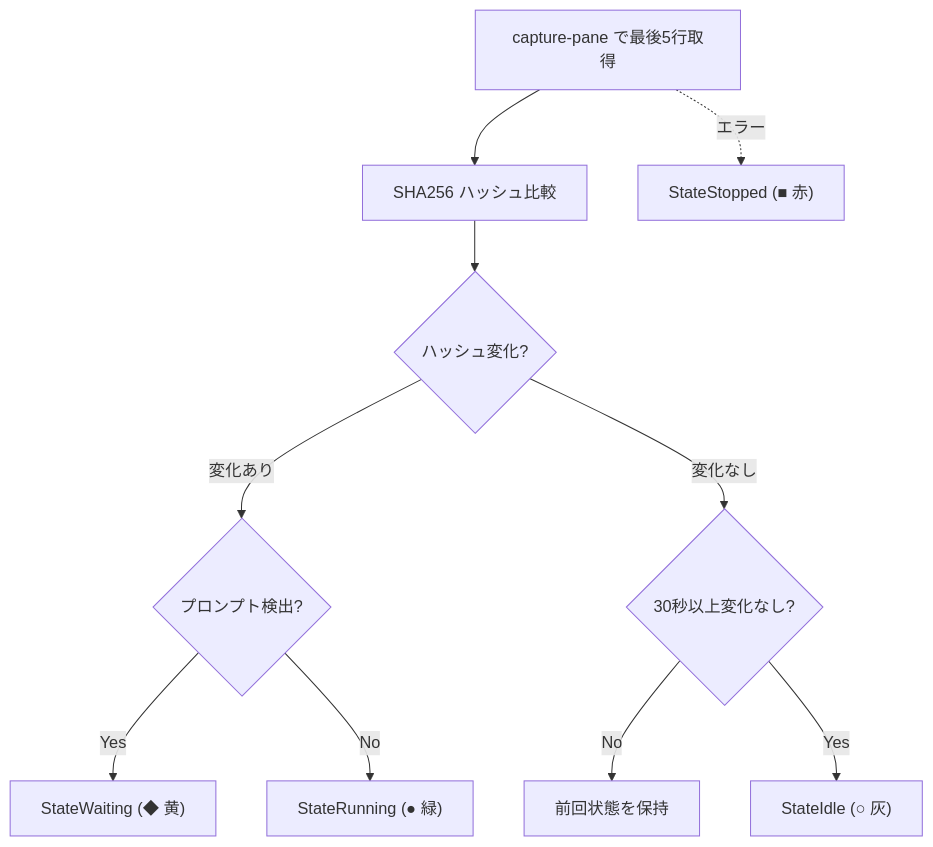
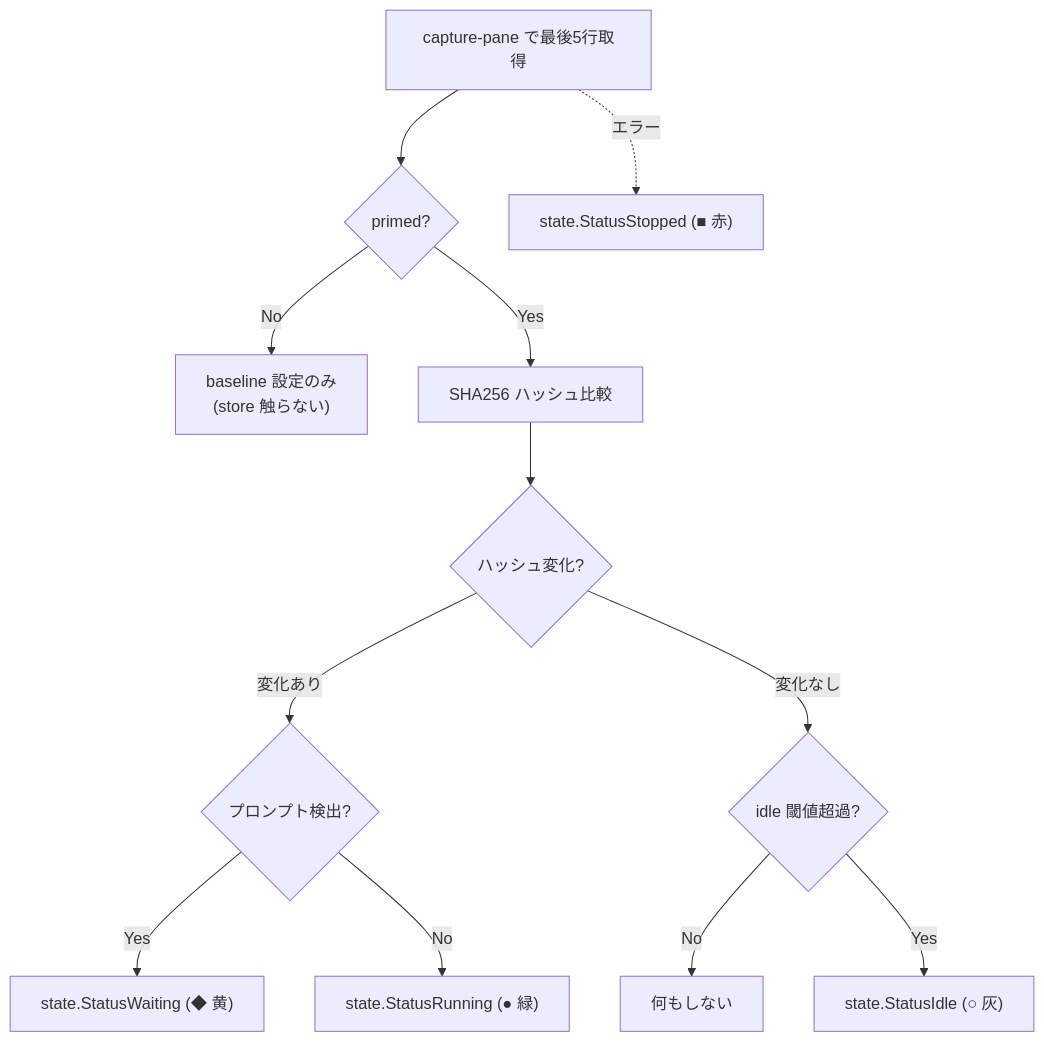
One commit to takezoh/agent-roost changed the fifth of 5 diagrams in ARCHITECTURE.md. Above: the diagram before and after it, drawn with Mermaid. The commit also changed other lines of this file and 48 other files, not shown here.

````diff
--- a/ARCHITECTURE.md
+++ b/ARCHITECTURE.md
@@ -460,12 +535,14 @@
 ```mermaid
 flowchart TD
-    cap[capture-pane で最後5行取得] --> hash[SHA256 ハッシュ比較]
+    cap[capture-pane で最後5行取得] --> primed{primed?}
+    primed -->|No| baseline["baseline 設定のみ<br/>(store 触らない)"]
+    primed -->|Yes| hash[SHA256 ハッシュ比較]
     hash --> changed{ハッシュ変化?}
     changed -->|変化あり| prompt{プロンプト検出?}
-    prompt -->|Yes| waiting["StateWaiting (◆ 黄)"]
-    prompt -->|No| running["StateRunning (● 緑)"]
-    changed -->|変化なし| threshold{30秒以上変化なし?}
-    threshold -->|No| keep[前回状態を保持]
-    threshold -->|Yes| idle["StateIdle (○ 灰)"]
-    cap -.->|エラー| stopped["StateStopped (■ 赤)"]
+    prompt -->|Yes| waiting["state.StatusWaiting (◆ 黄)"]
+    prompt -->|No| running["state.StatusRunning (● 緑)"]
+    changed -->|変化なし| threshold{idle 閾値超過?}
+    threshold -->|No| keep[何もしない]
+    threshold -->|Yes| idle["state.StatusIdle (○ 灰)"]
+    cap -.->|エラー| stopped["state.StatusStopped (■ 赤)"]
 ```
````
